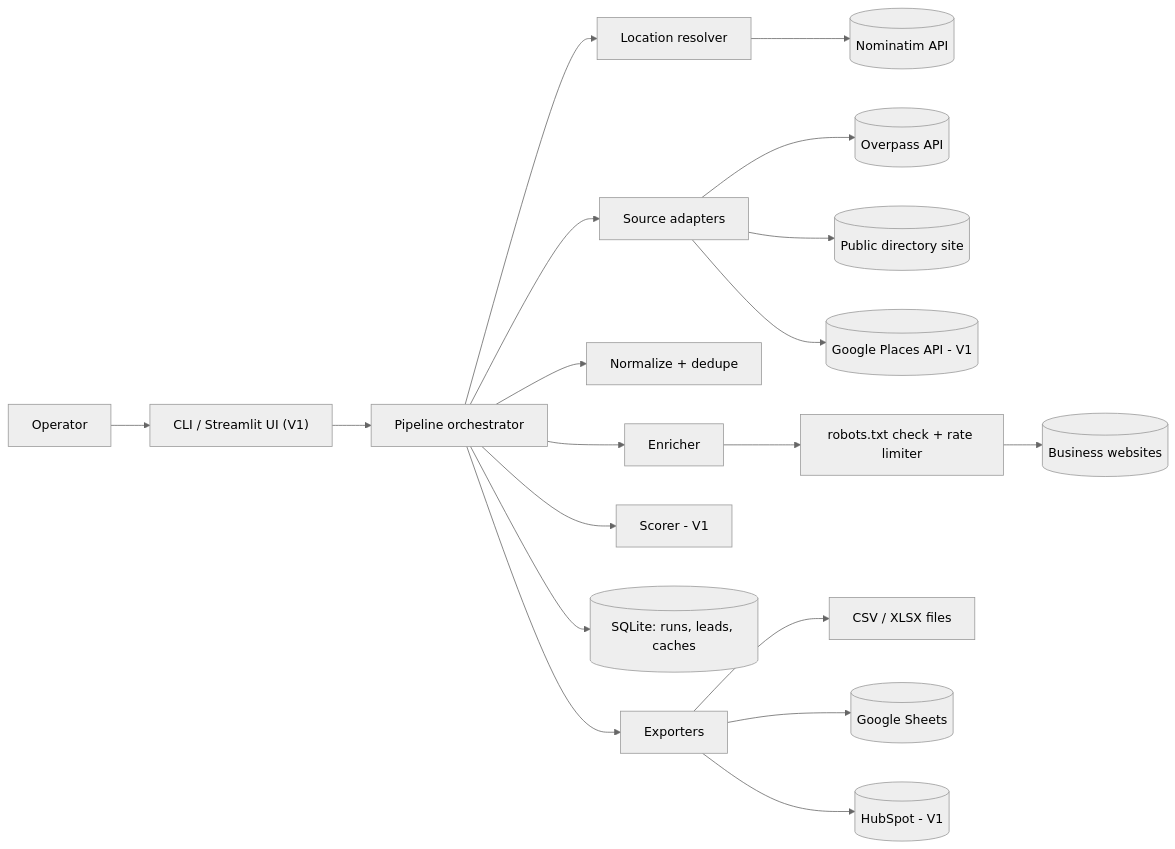
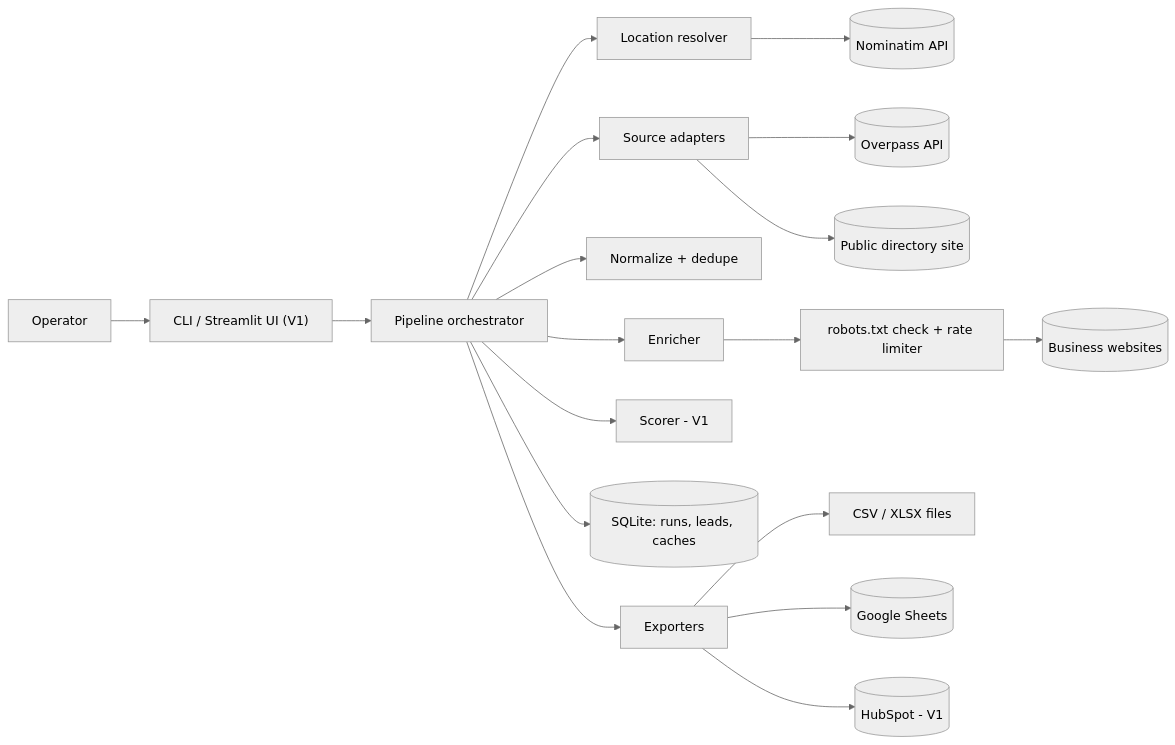
The first of 2 diagrams in docs/BLUEPRINT.md (bitwindamountains/LeadHarvest), drawn with Mermaid (neutral theme) before and after one commit. The commit also changed other lines of this file and 4 other files, not shown here.

Commit message:
Drop Google Places as a source (decision D1)

````diff
--- a/docs/BLUEPRINT.md
+++ b/docs/BLUEPRINT.md
@@ -189,21 +189,20 @@
 ```mermaid
 flowchart LR
     U["Operator"] --> CLI["CLI / Streamlit UI (V1)"]
     CLI --> P["Pipeline orchestrator"]
     P --> G["Location resolver"]
     G --> NOM[("Nominatim API")]
     P --> S["Source adapters"]
     S --> OVP[("Overpass API")]
     S --> DIR[("Public directory site")]
-    S --> GPL[("Google Places API - V1")]
     P --> C["Normalize + dedupe"]
     P --> E["Enricher"]
     E --> R["robots.txt check + rate limiter"]
     R --> WEB[("Business websites")]
     P --> SC["Scorer - V1"]
     P --> DB[("SQLite: runs, leads, caches")]
     P --> X["Exporters"]
     X --> F["CSV / XLSX files"]
     X --> GS[("Google Sheets")]
     X --> HS[("HubSpot - V1")]
 ```
````
